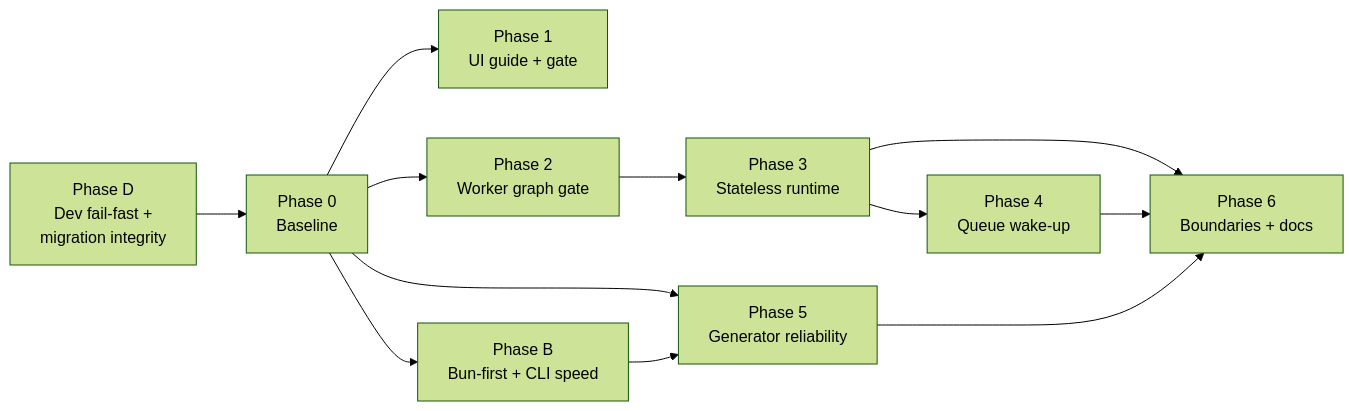
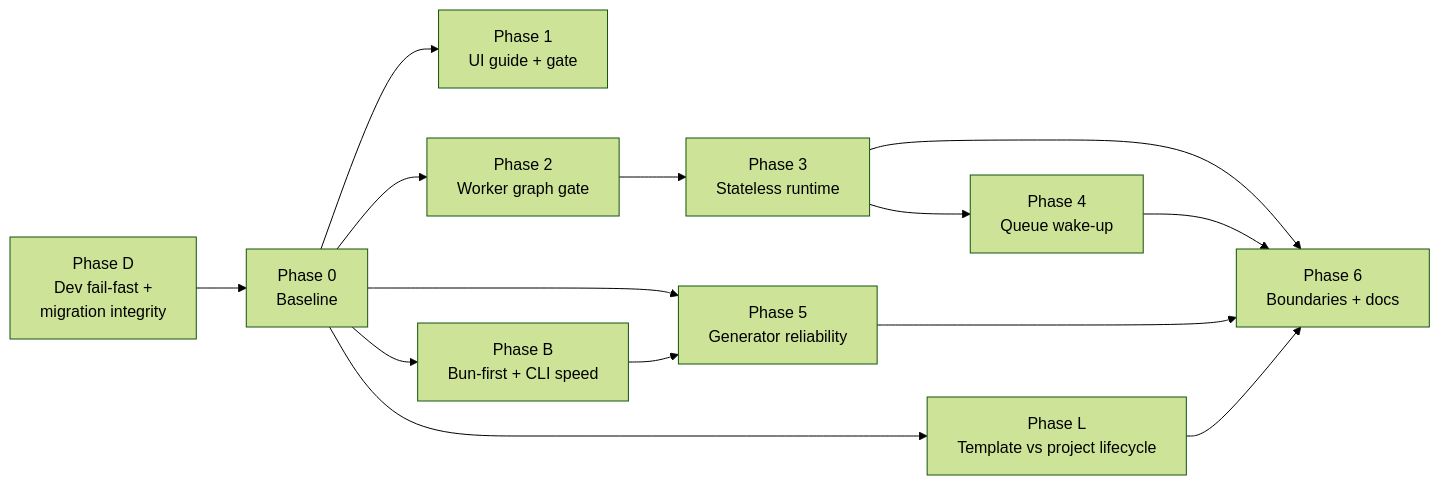
Before and after one commit to Hasban-Fardani/bun-erp-template: the first of 11 diagrams in docs/tasks/F3.3-goal-alignment.md, drawn with Mermaid (forest theme). The commit also changed other lines of this file and 27 other files, not shown here.

````diff
--- a/docs/tasks/F3.3-goal-alignment.md
+++ b/docs/tasks/F3.3-goal-alignment.md
@@ -26,14 +26,16 @@
 ```mermaid
 flowchart LR
   PD[Phase D<br/>Dev fail-fast +<br/>migration integrity] --> P0
   P0[Phase 0<br/>Baseline] --> P1[Phase 1<br/>UI guide + gate]
   P0 --> P2[Phase 2<br/>Worker graph gate]
   P2 --> P3[Phase 3<br/>Stateless runtime]
   P3 --> P4[Phase 4<br/>Queue wake-up]
   P0 --> P5[Phase 5<br/>Generator reliability]
   P0 --> PB[Phase B<br/>Bun-first + CLI speed]
+  P0 --> PL[Phase L<br/>Template vs project lifecycle]
   PB --> P5
   P3 --> P6[Phase 6<br/>Boundaries + docs]
   P4 --> P6
   P5 --> P6
+  PL --> P6
 ```
````
